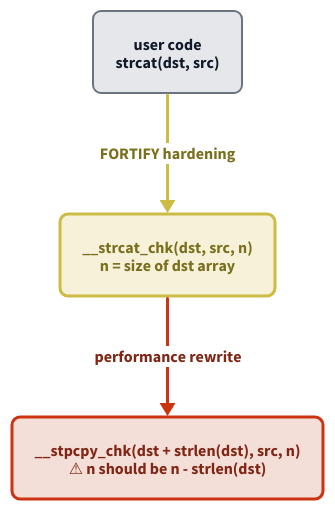
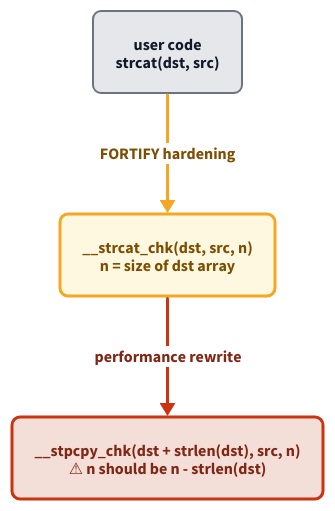
One commit to zjy-dev/de-fuzz changed the diagram in docs/开题报告/assets/ch5-experiment/fortify-path.en.d2. Above: the diagram before and after it, drawn with D2. The commit also changed 43 other files, not shown here.

```diff
--- a/docs/开题报告/assets/ch5-experiment/fortify-path.en.d2
+++ b/docs/开题报告/assets/ch5-experiment/fortify-path.en.d2
@@ -1,33 +1,33 @@
 # Figure 7 — _FORTIFY_SOURCE size silent loosening (English)
 # render: d2 --layout=dagre --pad=24 fortify-path.en.d2 fortify-path.en.svg
 
 direction: down
 
 n1: "user code\nstrcat(dst, src)" {
   style: {
     fill: "#E5E7EB"; stroke: "#6B7280"; stroke-width: 2
     font-color: "#111827"; border-radius: 8
   }
 }
 
 n2: "__strcat_chk(dst, src, n)\nn = size of dst array" {
   style: {
-    fill: "#F6F1D8"; stroke: "#CCBB44"; stroke-width: 3
-    font-color: "#7A6F1D"; border-radius: 8; bold: true
+    fill: "#FFF8E1"; stroke: "#F5A623"; stroke-width: 3
+    font-color: "#7D4E00"; border-radius: 8; bold: true
   }
 }
 
 n3: "__stpcpy_chk(dst + strlen(dst), src, n)\n⚠ n should be n - strlen(dst)" {
   style: {
     fill: "#F4DFD8"; stroke: "#CC3311"; stroke-width: 3
     font-color: "#7F2615"; border-radius: 8; bold: true
   }
 }
 
 n1 -> n2: "FORTIFY hardening" {
-  style: { stroke: "#CCBB44"; stroke-width: 3; font-color: "#7A6F1D"; bold: true }
+  style: { stroke: "#F5A623"; stroke-width: 3; font-color: "#7D4E00"; bold: true }
 }
 
 n2 -> n3: "performance rewrite" {
   style: { stroke: "#CC3311"; stroke-width: 3; font-color: "#7F2615"; bold: true }
 }
```
